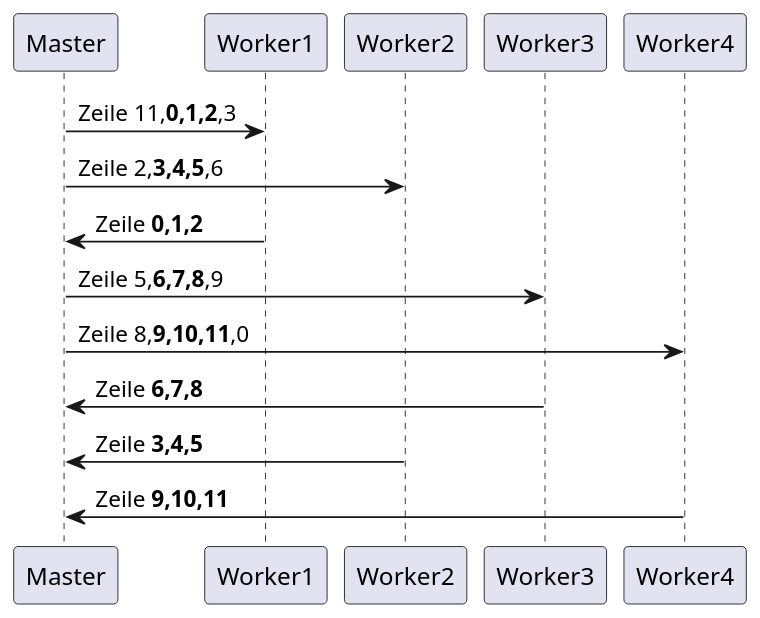
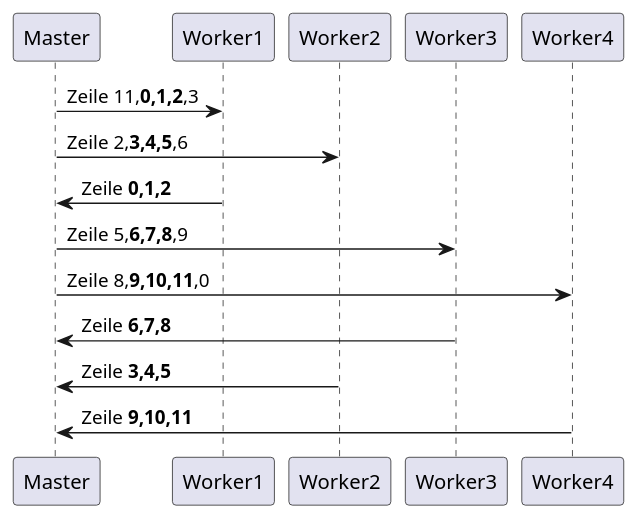
One commit to BisPeter/WATO changed the diagram in Paper/Paper.md. Above: the diagram before and after it, drawn with PlantUML. The commit also changed other lines of this file and 1 other file, not shown here.

````diff
--- a/Paper/Paper.md
+++ b/Paper/Paper.md
@@ -99,13 +99,13 @@
 ```plantuml
 @startuml
-scale 600*800
+scale 500*800
 Master -> Worker1 : Zeile 11,**0,1,2**,3
 Master -> Worker2 : Zeile 2,**3,4,5**,6
 Worker1 -> Master : Zeile **0,1,2**
 Master -> Worker3 : Zeile 5,**6,7,8**,9
 Master -> Worker4 : Zeile 8,**9,10,11**,0
 Worker3 -> Master : Zeile **6,7,8**
 Worker2 -> Master : Zeile **3,4,5**
 Worker4 -> Master : Zeile **9,10,11**
 @enduml
 ```
````
